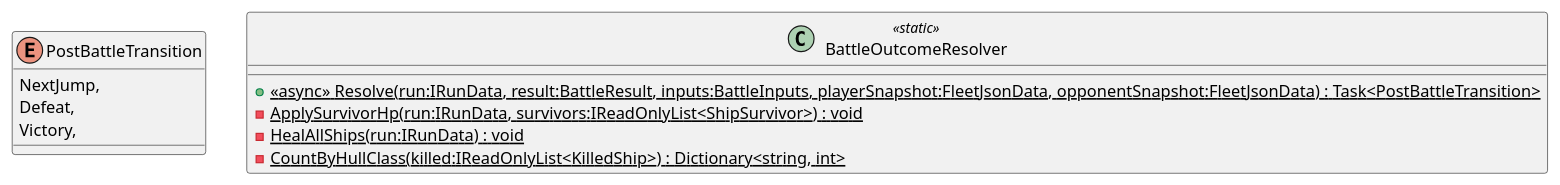
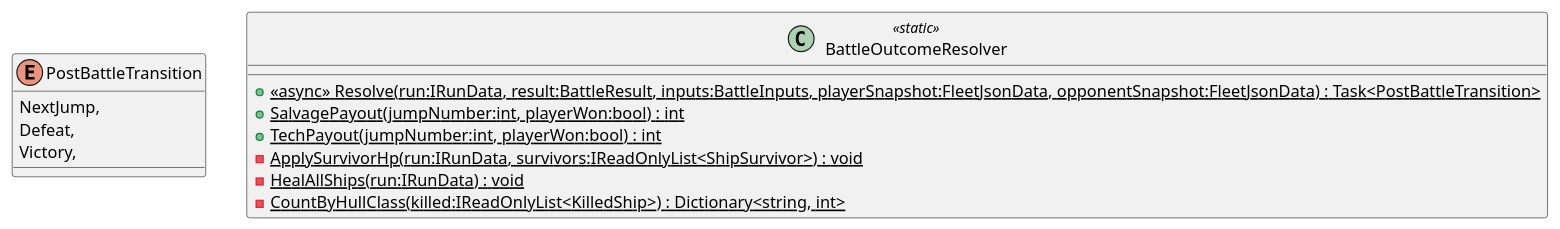
The diagram in diagrams/csharp/client/src/meta/BattleOutcomeResolver.puml (Tai-trinh/skock), drawn with PlantUML before and after one commit. The commit also changed 2 other files, not shown here.

Commit message:
Extract SalvagePayout and TechPayout as pure functions on BattleOutcomeResolver
Resolve() computed salvage/tech formulas and mutated IRunData in the same
breath. Tuning a multiplier required running the full resolver and asserting
by side-effect. The two formulas are now standalone public methods:

  SalvagePayout(jumpNumber, playerWon) → jumpNumber*10 + (win ? jumpNumber*15 : 0)
  TechPayout(jumpNumber, playerWon)    → win ? (jumpNumber+2)/3 : 0

Resolve() calls them and applies the results; existing integration tests are
unchanged. Added Theory tests covering all jump-tier breakpoints for both
formulas — tuning a multiplier now means updating one expression and watching
the relevant inline data row change.

```diff
--- a/diagrams/csharp/client/src/meta/BattleOutcomeResolver.puml
+++ b/diagrams/csharp/client/src/meta/BattleOutcomeResolver.puml
@@ -1,13 +1,15 @@
 @startuml
 enum PostBattleTransition {
     NextJump,
     Defeat,
     Victory,
 }
 class BattleOutcomeResolver <<static>> {
     + {static} <<async>> Resolve(run:IRunData, result:BattleResult, inputs:BattleInputs, playerSnapshot:FleetJsonData, opponentSnapshot:FleetJsonData) : Task<PostBattleTransition>
+    + {static} SalvagePayout(jumpNumber:int, playerWon:bool) : int
+    + {static} TechPayout(jumpNumber:int, playerWon:bool) : int
     - {static} ApplySurvivorHp(run:IRunData, survivors:IReadOnlyList<ShipSurvivor>) : void
     - {static} HealAllShips(run:IRunData) : void
     - {static} CountByHullClass(killed:IReadOnlyList<KilledShip>) : Dictionary<string, int>
 }
 @enduml
```
